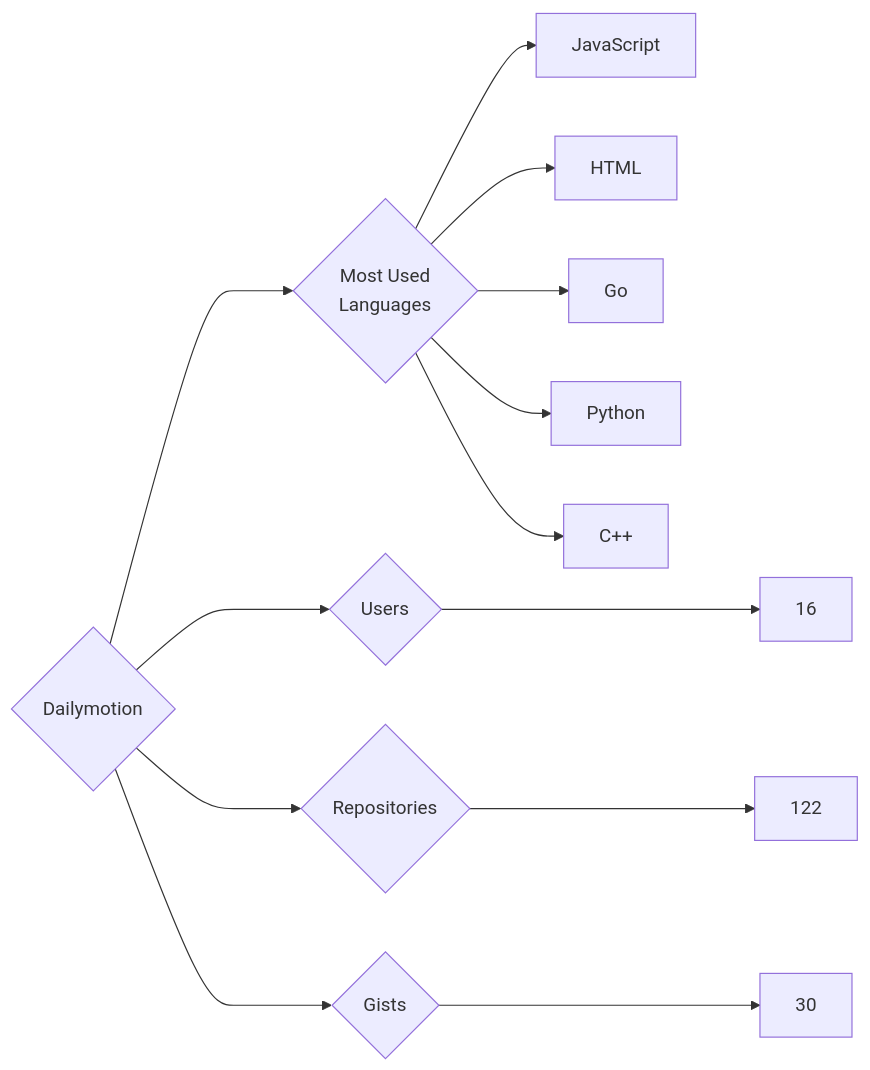
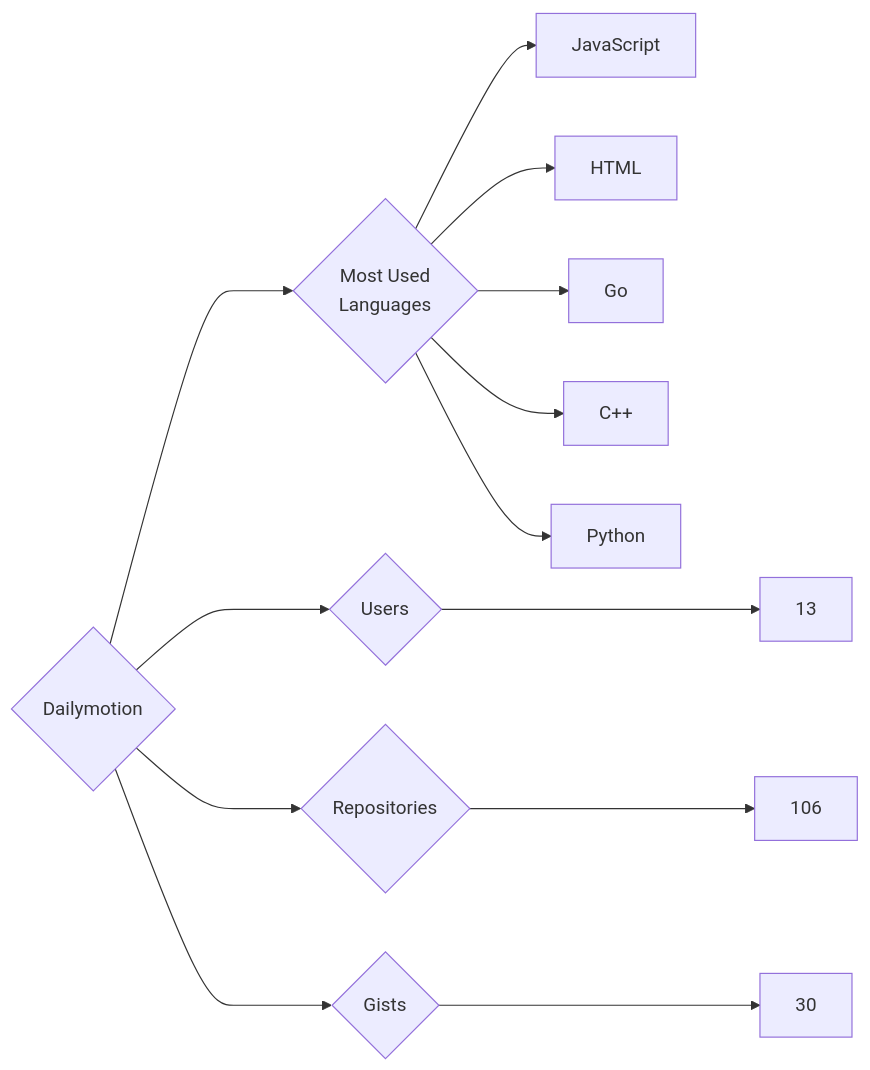
The diagram in targets/Dailymotion/README.md (trickest/insiders), drawn with Mermaid before and after one commit. The commit also changed 814 other files, not shown here.

````diff
--- a/targets/Dailymotion/README.md
+++ b/targets/Dailymotion/README.md
@@ -3,13 +3,13 @@
 ```mermaid
 graph LR
 COMPANY_NAME{Dailymotion}
-COMPANY_NAME ---> U{Users} ---> UN[16]
-COMPANY_NAME ---> R{Repositories} ---> RN[122]
+COMPANY_NAME ---> U{Users} ---> UN[13]
+COMPANY_NAME ---> R{Repositories} ---> RN[106]
 COMPANY_NAME ---> G{Gists} ---> GN[30]
 COMPANY_NAME ---> ML{Most Used<br>Languages}
 ML --> JavaScript[JavaScript]
 ML --> HTML[HTML]
 ML --> Go[Go]
+ML --> C++[C++]
 ML --> Python[Python]
-ML --> C++[C++]
 ```
````
